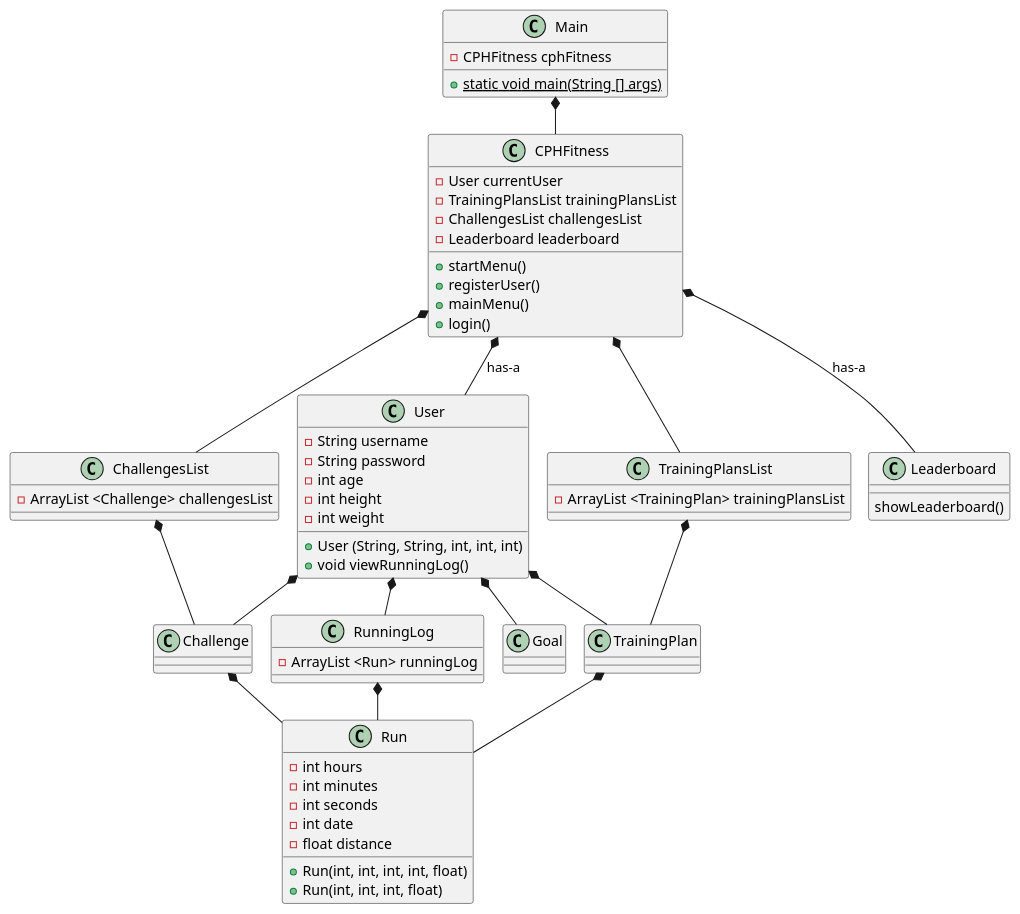
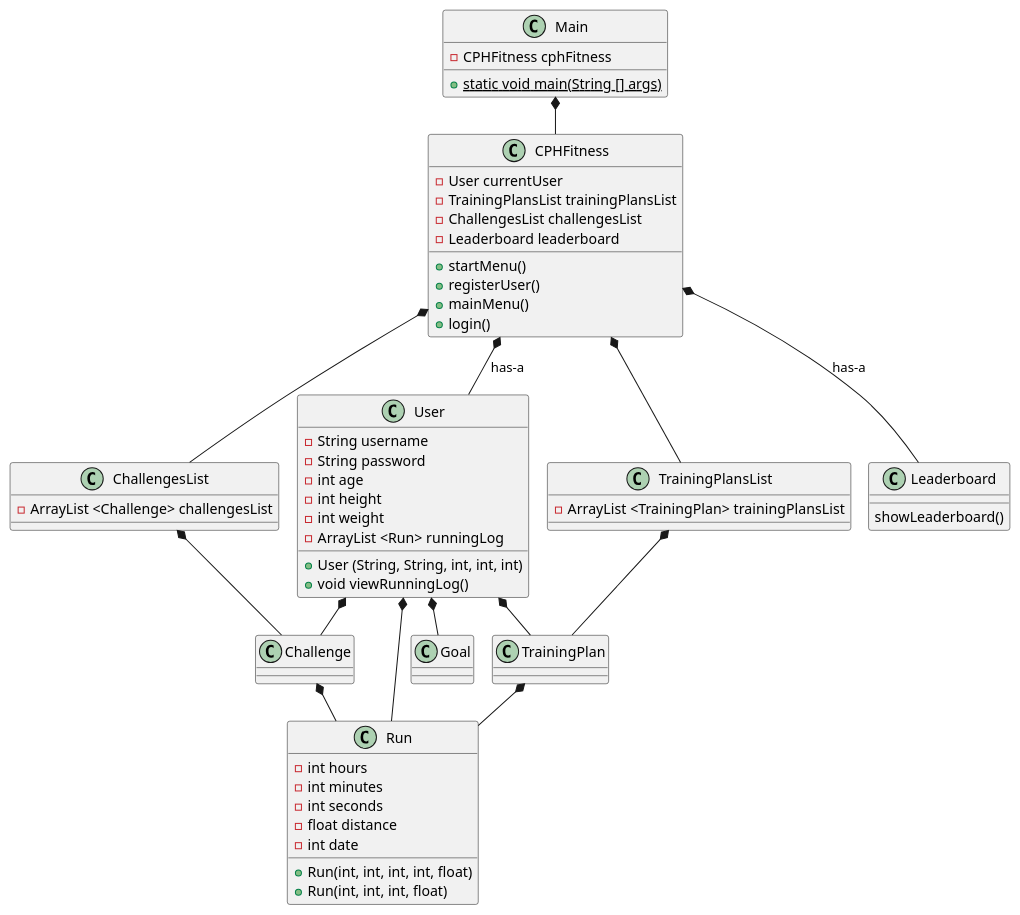
One commit to DavidK97/ICE-2024-Fitnesstracker changed the diagram in doc/static/classdiagram.puml. Above: the diagram before and after it, drawn with PlantUML. The commit also changed 39 other files, not shown here.

```diff
--- a/doc/static/classdiagram.puml
+++ b/doc/static/classdiagram.puml
@@ -1,92 +1,85 @@
 @startuml
 'https://plantuml.com/sequence-diagram
 !pragma layout smetana
 
 class Main{
 {static}+ static void main(String [] args)
 - CPHFitness cphFitness
 }
 
 class CPHFitness{
 - User currentUser
 - TrainingPlansList trainingPlansList
 - ChallengesList challengesList
 - Leaderboard leaderboard
 + startMenu()
 + registerUser()
 + mainMenu()
 + login()
 
 
 }
 
 class User{
 + User (String, String, int, int, int)
 - String username
 - String password
 - int age
 - int height
 - int weight
+- ArrayList <Run> runningLog
 + void viewRunningLog()
 }
 
 class Run{
 + Run(int, int, int, int, float)
 + Run(int, int, int, float)
 - int hours
 - int minutes
 - int seconds
+- float distance
 - int date
-- float distance
 }
 
 class ChallengesList{
 - ArrayList <Challenge> challengesList
 }
 
 class TrainingPlansList{
 - ArrayList <TrainingPlan> trainingPlansList
-}
-
-class RunningLog{
-- ArrayList <Run> runningLog
 }
 
 class Goal {
 
 }
 
 class Challenge {
 
 }
 
 class TrainingPlan {
 
 }
 
 class Leaderboard{
 showLeaderboard()
 
 }
 
 Main *--CPHFitness
 CPHFitness *-- User : has-a
 CPHFitness *-- Leaderboard : has-a
 CPHFitness *-- ChallengesList
 CPHFitness *-- TrainingPlansList
 
 ChallengesList *-- Challenge
 TrainingPlansList *-- TrainingPlan
 
 User *-- Goal
 User *-- Challenge
 User *-- TrainingPlan
-User *-- RunningLog
-
-RunningLog *-- Run
+User *-- Run
 Challenge *-- Run
 TrainingPlan *-- Run
 
-
-
 @enduml
```
